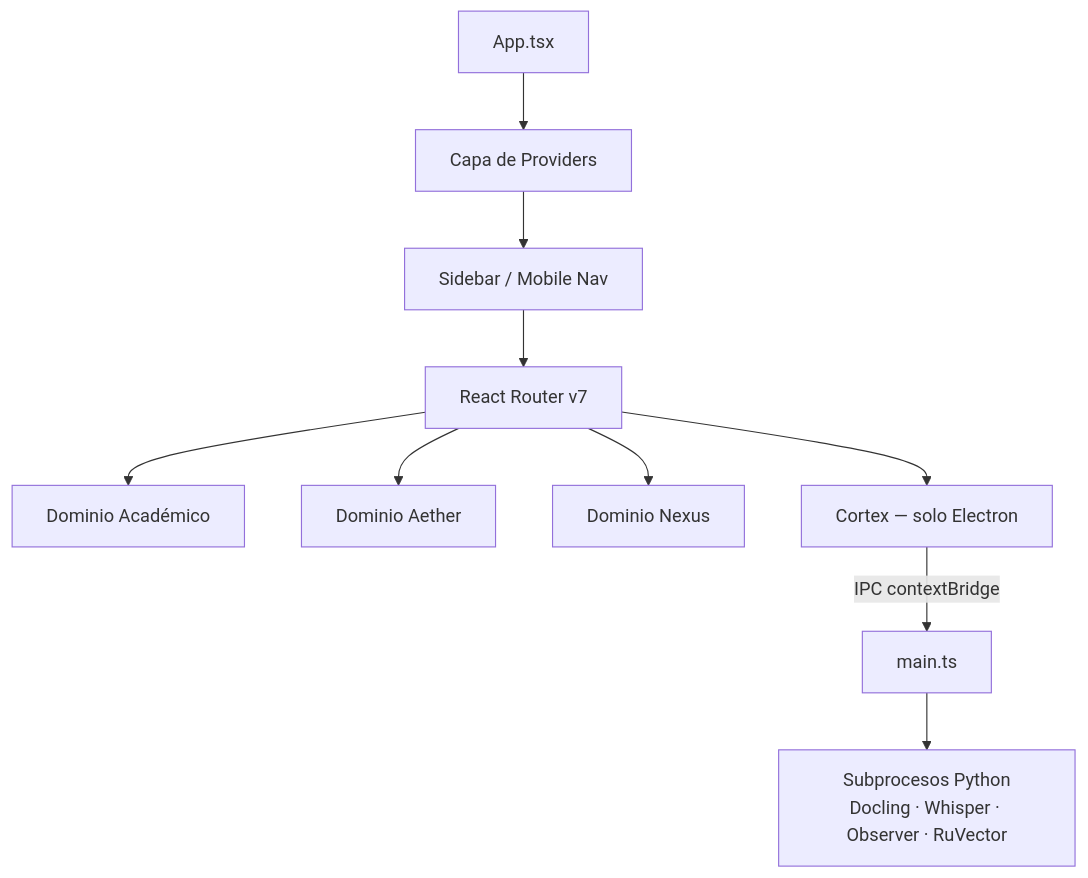
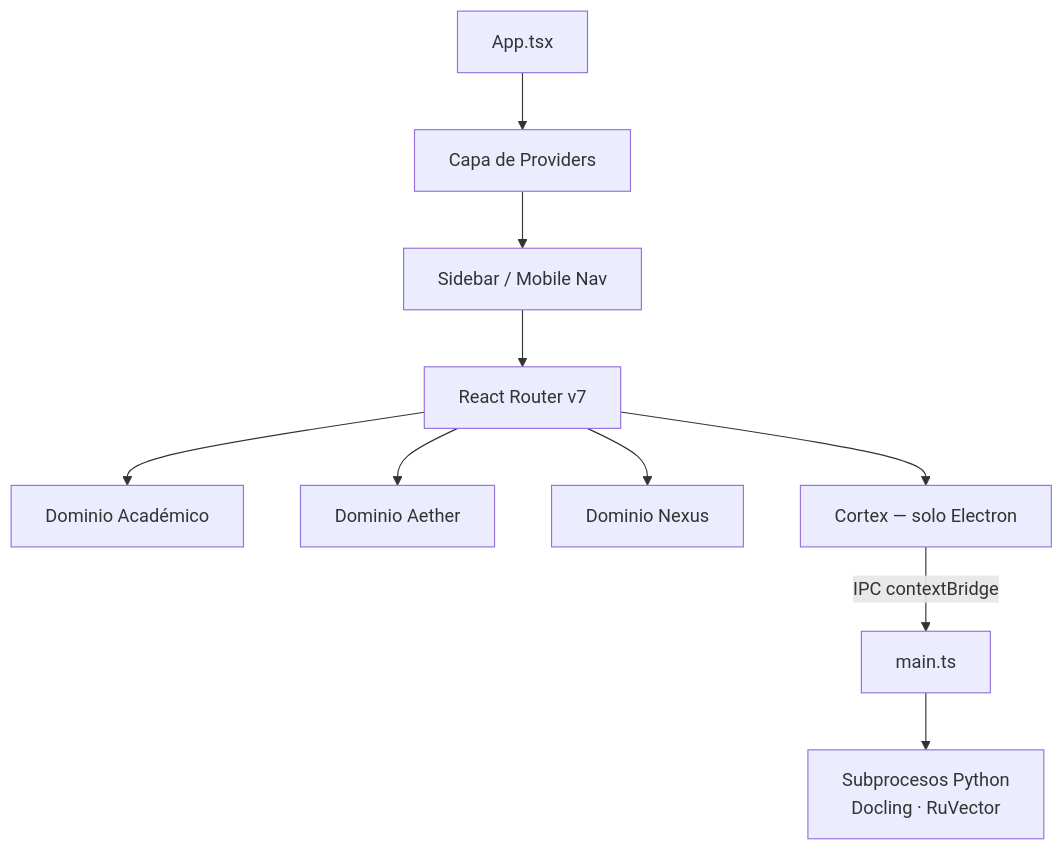
The diagram in docs/wiki_es/Arquitectura.md (JantonioFC/Carrera-LTI), drawn with Mermaid before and after one commit. The commit also changed 13 other files, not shown here.

````diff
--- a/docs/wiki_es/Arquitectura.md
+++ b/docs/wiki_es/Arquitectura.md
@@ -9,12 +9,12 @@
 ```mermaid
 graph TD
     App[App.tsx] --> Providers[Capa de Providers]
     Providers --> Navigation[Sidebar / Mobile Nav]
     Navigation --> Router[React Router v7]
     Router --> DomainA[Dominio Académico]
     Router --> DomainB[Dominio Aether]
     Router --> DomainC[Dominio Nexus]
     Router --> DomainD[Cortex — solo Electron]
     DomainD -->|IPC contextBridge| Electron[main.ts]
-    Electron --> Python[Subprocesos Python\nDocling · Whisper · Observer · RuVector]
+    Electron --> Python[Subprocesos Python\nDocling · RuVector]
 ```
````
